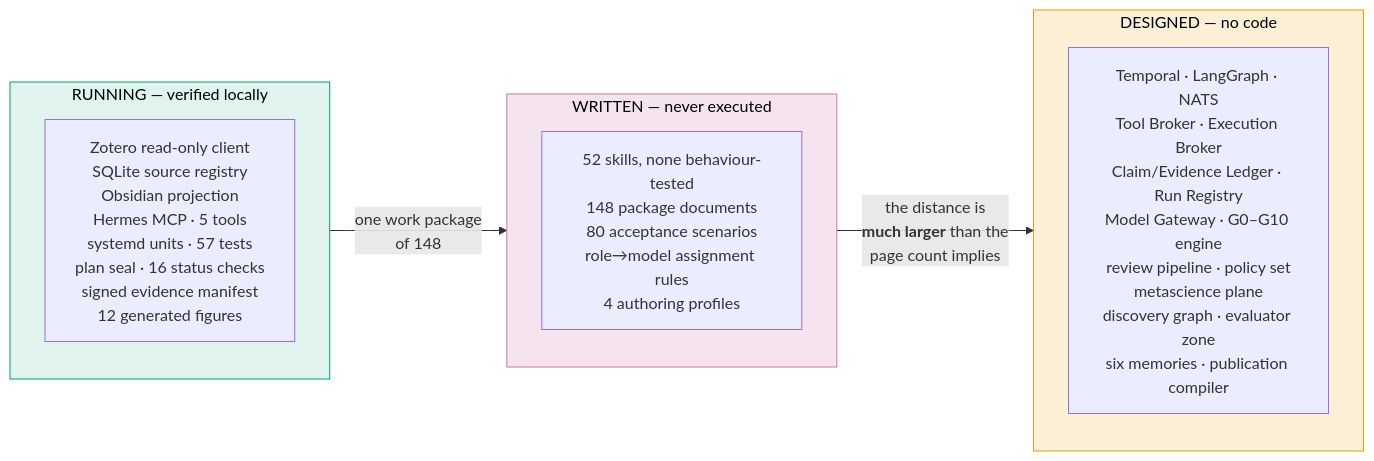
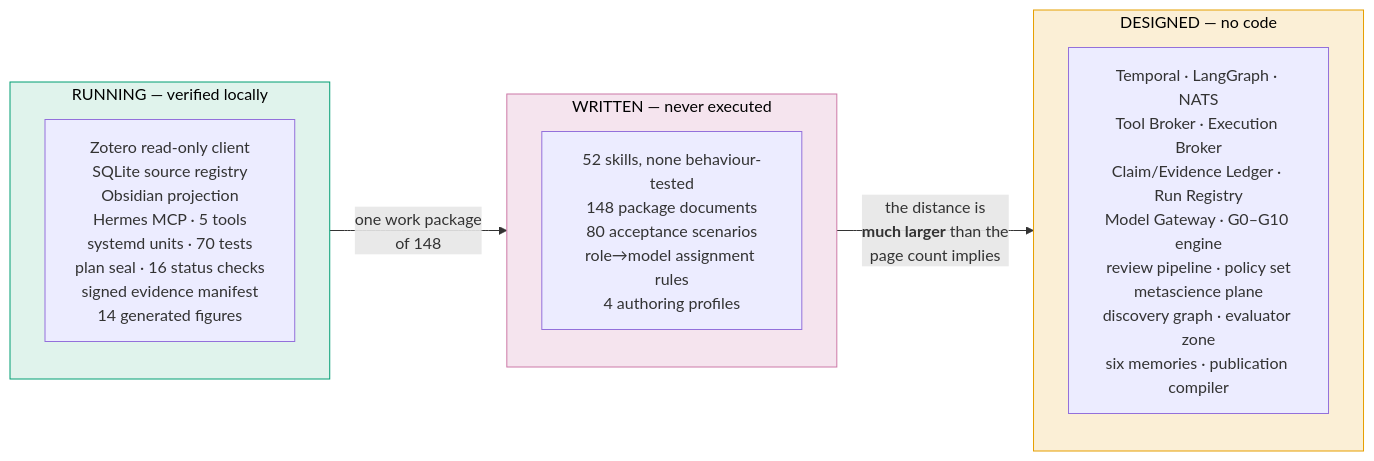
Diagram 23 of 24 in docs/architecture/AETHRION_ARCHITECTURE.md (furkanhanilci/AETHRION), drawn with Mermaid before and after one commit. The commit also changed other lines of this file and 107 other files, not shown here.

````diff
--- a/docs/architecture/AETHRION_ARCHITECTURE.md
+++ b/docs/architecture/AETHRION_ARCHITECTURE.md
@@ -892,17 +976,17 @@
 ```mermaid
 flowchart LR
     subgraph WORKING["RUNNING — verified locally"]
-        W["Zotero read-only client<br/>SQLite source registry<br/>Obsidian projection<br/>Hermes MCP · 5 tools<br/>systemd units · 57 tests<br/>plan seal · 16 status checks<br/>signed evidence manifest<br/>12 generated figures"]
+        W["Zotero read-only client<br/>SQLite source registry<br/>Obsidian projection<br/>Hermes MCP · 5 tools<br/>systemd units · 70 tests<br/>plan seal · 16 status checks<br/>signed evidence manifest<br/>14 generated figures"]
     end
     subgraph WRITTEN["WRITTEN — never executed"]
         S["52 skills, none behaviour-tested<br/>148 package documents<br/>80 acceptance scenarios<br/>role→model assignment rules<br/>4 authoring profiles"]
     end
     subgraph DESIGNED["DESIGNED — no code"]
         D["Temporal · LangGraph · NATS<br/>Tool Broker · Execution Broker<br/>Claim/Evidence Ledger · Run Registry<br/>Model Gateway · G0–G10 engine<br/>review pipeline · policy set<br/>metascience plane<br/>discovery graph · evaluator zone<br/>six memories · publication compiler"]
     end
     WORKING -->|"one work package<br/>of 148"| WRITTEN
     WRITTEN -->|"the distance is<br/><b>much larger</b> than the<br/>page count implies"| DESIGNED
     style WORKING fill:#E0F3EC,stroke:#009E73,color:#000
     style WRITTEN fill:#F5E4EE,stroke:#CC79A7,color:#000
     style DESIGNED fill:#FBEFD6,stroke:#E69F00,color:#000
 ```
````
